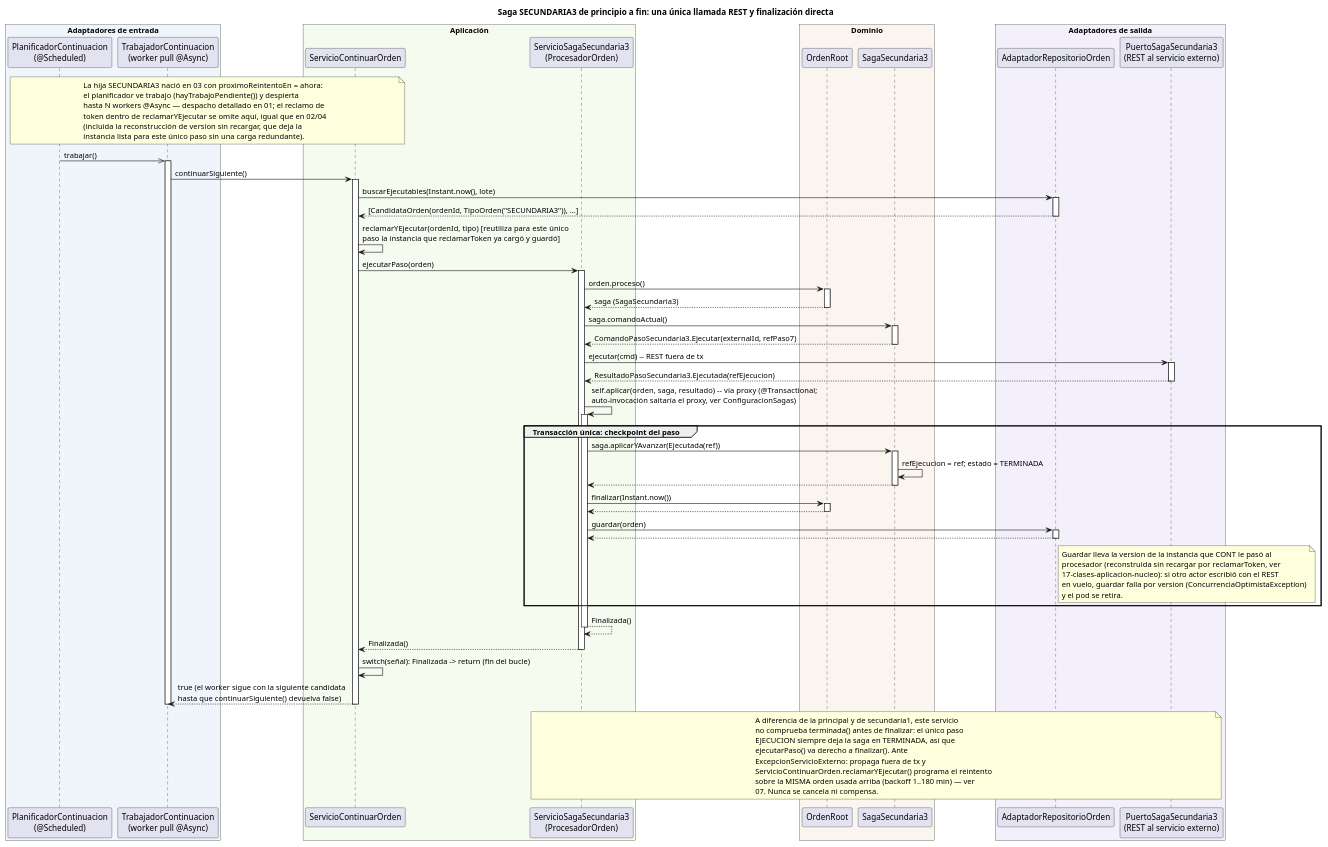
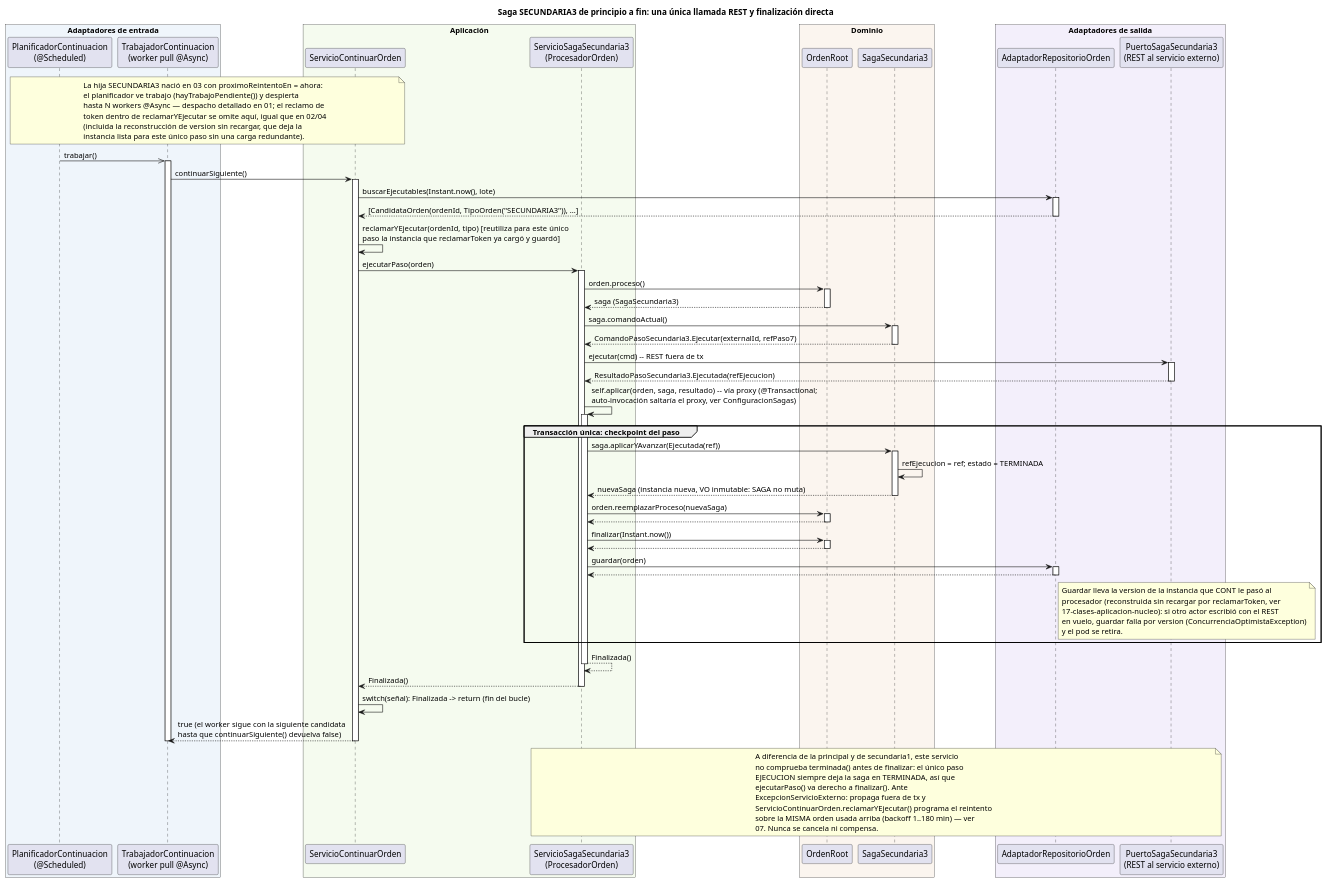
The diagram in order-manager/docs/06-saga-secundaria3.puml (ralcazar/patrones), drawn with PlantUML before and after one commit. The commit also changed 60 other files, not shown here.

```diff
--- a/order-manager/docs/06-saga-secundaria3.puml
+++ b/order-manager/docs/06-saga-secundaria3.puml
@@ -1,76 +1,78 @@
 @startuml 06-saga-secundaria3
 title Saga SECUNDARIA3 de principio a fin: una única llamada REST y finalización directa
 
 box "Adaptadores de entrada" #EFF5FB
   participant "PlanificadorContinuacion\n(@Scheduled)" as PLAN
   participant "TrabajadorContinuacion\n(worker pull @Async)" as TRAB
 end box
 box "Aplicación" #F5FBEF
   participant "ServicioContinuarOrden" as CONT
   participant "ServicioSagaSecundaria3\n(ProcesadorOrden)" as ORQ
 end box
 box "Dominio" #FBF5EF
   participant "OrdenRoot" as ORDEN
   participant "SagaSecundaria3" as SAGA
 end box
 box "Adaptadores de salida" #F3EFFB
   participant "AdaptadorRepositorioOrden" as REPO
   participant "PuertoSagaSecundaria3\n(REST al servicio externo)" as PSIM
 end box
 
 note over PLAN, CONT
   La hija SECUNDARIA3 nació en 03 con proximoReintentoEn = ahora:
   el planificador ve trabajo (hayTrabajoPendiente()) y despierta
   hasta N workers @Async — despacho detallado en 01; el reclamo de
   token dentro de reclamarYEjecutar se omite aquí, igual que en 02/04
   (incluida la reconstrucción de version sin recargar, que deja la
   instancia lista para este único paso sin una carga redundante).
 end note
 
 PLAN ->> TRAB : trabajar()
 activate TRAB
 TRAB -> CONT ++ : continuarSiguiente()
 CONT -> REPO ++ : buscarEjecutables(Instant.now(), lote)
 return [CandidataOrden(ordenId, TipoOrden("SECUNDARIA3")), ...]
 CONT -> CONT : reclamarYEjecutar(ordenId, tipo)  [reutiliza para este único\npaso la instancia que reclamarToken ya cargó y guardó]
 CONT -> ORQ ++ : ejecutarPaso(orden)
 ORQ -> ORDEN ++ : orden.proceso()
 return saga (SagaSecundaria3)
 ORQ -> SAGA ++ : saga.comandoActual()
 return ComandoPasoSecundaria3.Ejecutar(externalId, refPaso7)
 ORQ -> PSIM ++ : ejecutar(cmd) -- REST fuera de tx
 return ResultadoPasoSecundaria3.Ejecutada(refEjecucion)
 ORQ -> ORQ ++ : self.aplicar(orden, saga, resultado)  -- vía proxy (@Transactional;\nauto-invocación saltaría el proxy, ver ConfiguracionSagas)
 group Transacción única: checkpoint del paso
   ORQ -> SAGA ++ : saga.aplicarYAvanzar(Ejecutada(ref))
   SAGA -> SAGA : refEjecucion = ref; estado = TERMINADA
+  return nuevaSaga (instancia nueva, VO inmutable: SAGA no muta)
+  ORQ -> ORDEN ++ : orden.reemplazarProceso(nuevaSaga)
   return
   ORQ -> ORDEN ++ : finalizar(Instant.now())
   return
   ORQ -> REPO ++ : guardar(orden)
   return
   note right of REPO
     Guardar lleva la version de la instancia que CONT le pasó al
     procesador (reconstruida sin recargar por reclamarToken, ver
     17-clases-aplicacion-nucleo): si otro actor escribió con el REST
     en vuelo, guardar falla por version (ConcurrenciaOptimistaException)
     y el pod se retira.
   end note
 end
 return Finalizada()
 return Finalizada()
 CONT -> CONT : switch(señal): Finalizada -> return (fin del bucle)
 return true (el worker sigue con la siguiente candidata\nhasta que continuarSiguiente() devuelva false)
 deactivate TRAB
 
 note over ORQ, PSIM
   A diferencia de la principal y de secundaria1, este servicio
   no comprueba terminada() antes de finalizar: el único paso
   EJECUCION siempre deja la saga en TERMINADA, así que
   ejecutarPaso() va derecho a finalizar(). Ante
   ExcepcionServicioExterno: propaga fuera de tx y
   ServicioContinuarOrden.reclamarYEjecutar() programa el reintento
   sobre la MISMA orden usada arriba (backoff 1..180 min) — ver
   07. Nunca se cancela ni compensa.
 end note
 @enduml
```
